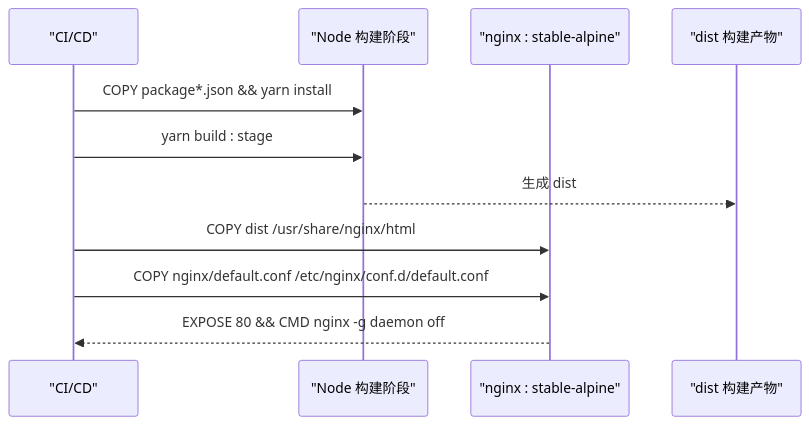
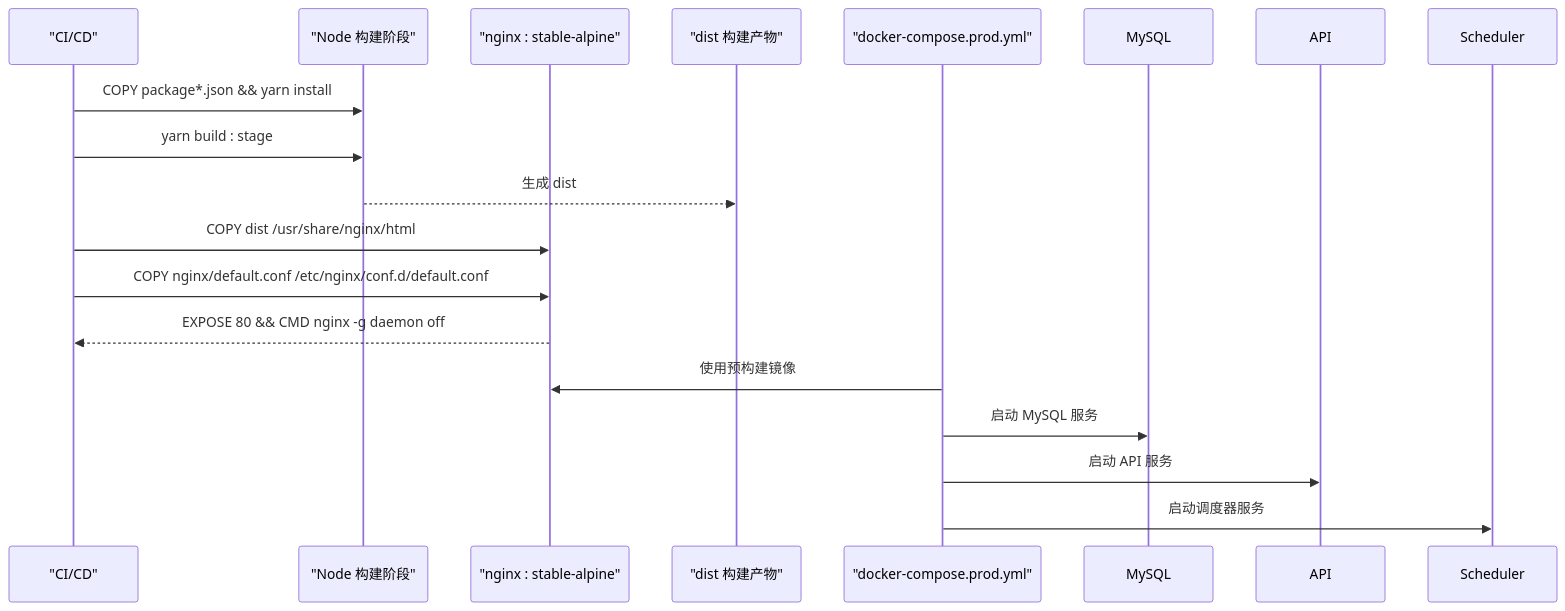
Before and after one commit to TinyMaD/SpeedRunnersLab: the fifth of 10 diagrams in .qoder/repowiki/zh/content/前端应用/构建部署/构建部署.md, drawn with Mermaid. The commit also changed other lines of this file and 9 other files, not shown here.

````diff
--- a/.qoder/repowiki/zh/content/前端应用/构建部署/构建部署.md
+++ b/.qoder/repowiki/zh/content/前端应用/构建部署/构建部署.md
@@ -244,13 +295,18 @@
 ```mermaid
 sequenceDiagram
 participant CI as "CI/CD"
 participant Node as "Node 构建阶段"
 participant NginxImg as "nginx : stable-alpine"
 participant Dist as "dist 构建产物"
+participant ProdCompose as "docker-compose.prod.yml"
 CI->>Node : COPY package*.json && yarn install
 CI->>Node : yarn build : stage
 Node-->>Dist : 生成 dist
 CI->>NginxImg : COPY dist /usr/share/nginx/html
 CI->>NginxImg : COPY nginx/default.conf /etc/nginx/conf.d/default.conf
 NginxImg-->>CI : EXPOSE 80 && CMD nginx -g daemon off
+ProdCompose->>NginxImg : 使用预构建镜像
+ProdCompose->>MySQL : 启动 MySQL 服务
+ProdCompose->>API : 启动 API 服务
+ProdCompose->>Scheduler : 启动调度器服务
 ```
````
